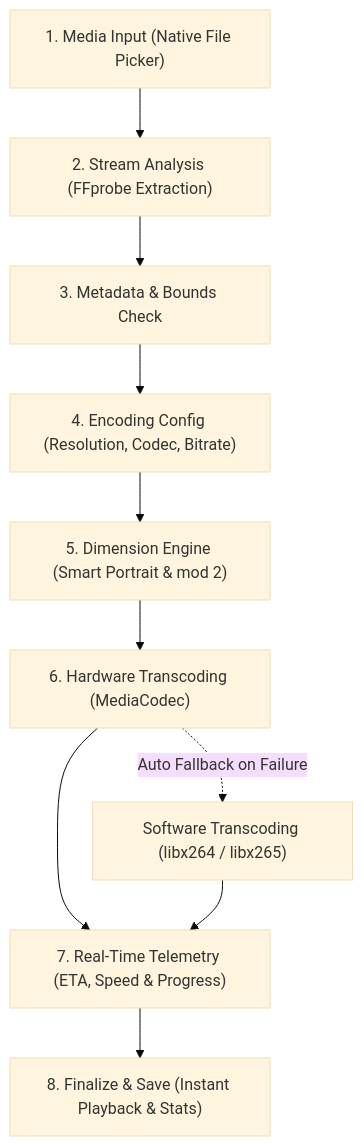
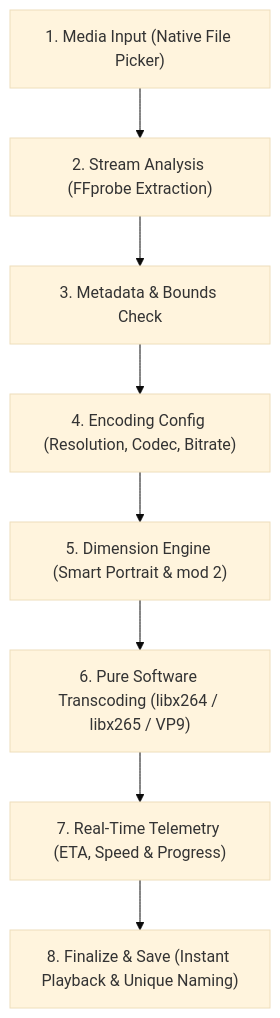
One commit to zerabyte88/phantek-video-toolkit changed the diagram in README.md. Above: the diagram before and after it, drawn with Mermaid (base theme). The commit also changed other lines of this file and 7 other files, not shown here.

````diff
--- a/README.md
+++ b/README.md
@@ -41,12 +46,10 @@
 ```mermaid
 flowchart TD
     A["1. Media Input (Native File Picker)"] --> B["2. Stream Analysis (FFprobe Extraction)"]
     B --> C["3. Metadata & Bounds Check"]
     C --> D["4. Encoding Config (Resolution, Codec, Bitrate)"]
     D --> E["5. Dimension Engine (Smart Portrait & mod 2)"]
-    E --> F["6. Hardware Transcoding (MediaCodec)"]
-    F -.->|"Auto Fallback on Failure"| F_SW["Software Transcoding (libx264 / libx265)"]
+    E --> F["6. Pure Software Transcoding (libx264 / libx265 / VP9)"]
     F --> G["7. Real-Time Telemetry (ETA, Speed & Progress)"]
-    F_SW --> G
-    G --> H["8. Finalize & Save (Instant Playback & Stats)"]
+    G --> H["8. Finalize & Save (Instant Playback & Unique Naming)"]
 ```
````
